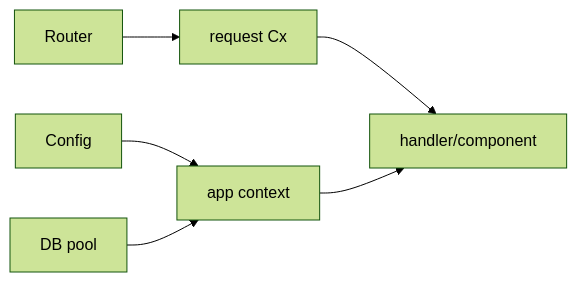
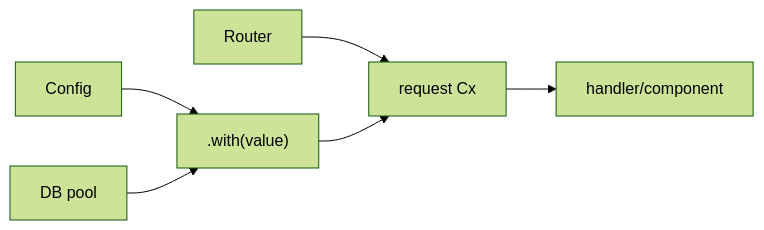
One commit to penrynjohnp/Topcoat-Workshop changed the diagram in slides/module-02-routing-request.md. Above: the diagram before and after it, drawn with Mermaid (forest theme). The commit also changed other lines of this file and 278 other files, not shown here.

````diff
--- a/slides/module-02-routing-request.md
+++ b/slides/module-02-routing-request.md
@@ -59,8 +59,8 @@
 ```mermaid
 flowchart LR
   Router --> RequestCx[request Cx]
-  Config[Config] --> AppContext[app context]
-  Pool[DB pool] --> AppContext
   RequestCx --> Handler[handler/component]
-  AppContext --> Handler
+  Config[Config] --> Shared[".with(value)"]
+  Pool[DB pool] --> Shared
+  Shared --> RequestCx
 ```
````
